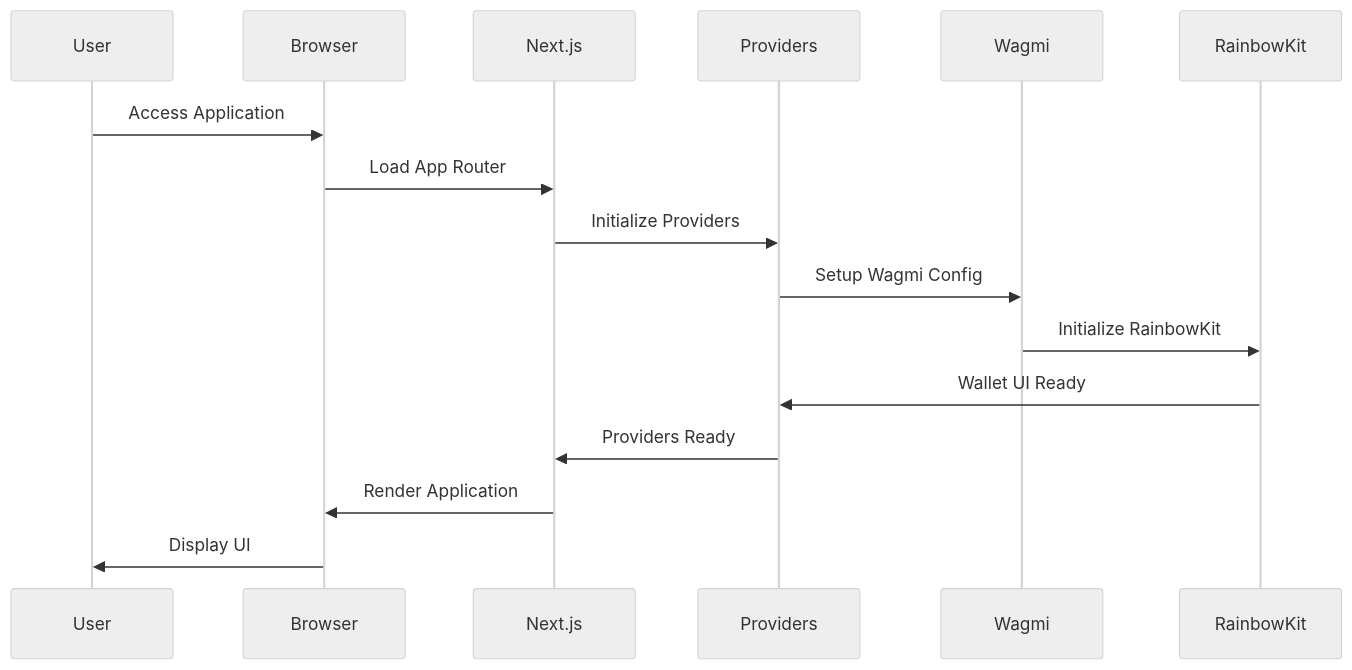
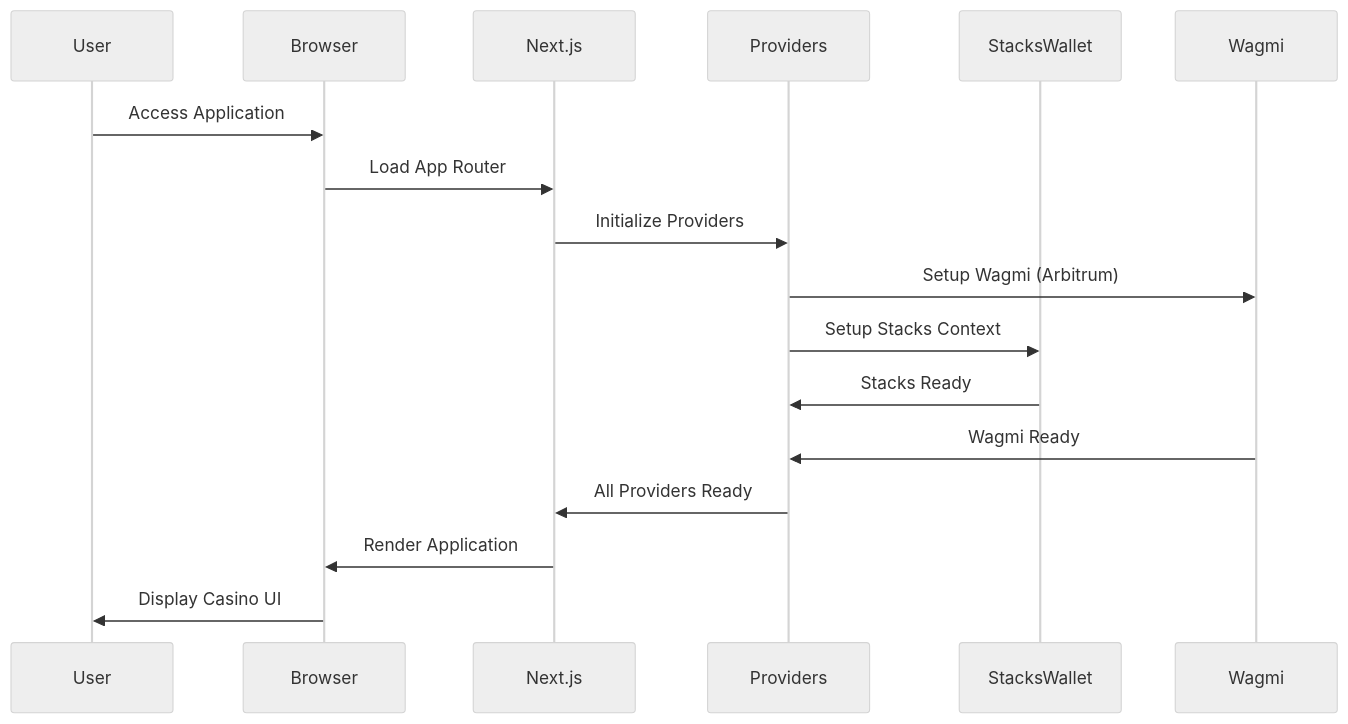
The second of 12 diagrams in MERMAID_DIAGRAMS.md (AmaanSayyad/APT-Casino-Stacks), drawn with Mermaid (neutral theme) before and after one commit. The commit also changed other lines of this file and 5 other files, not shown here.

````diff
--- a/MERMAID_DIAGRAMS.md
+++ b/MERMAID_DIAGRAMS.md
@@ -47,19 +57,20 @@
 ```mermaid
 sequenceDiagram
     participant U as User
     participant B as Browser
     participant N as Next.js
     participant P as Providers
+    participant SW as StacksWallet
     participant W as Wagmi
-    participant R as RainbowKit
     
     U->>B: Access Application
     B->>N: Load App Router
     N->>P: Initialize Providers
-    P->>W: Setup Wagmi Config
-    W->>R: Initialize RainbowKit
-    R->>P: Wallet UI Ready
-    P->>N: Providers Ready
+    P->>W: Setup Wagmi (Arbitrum)
+    P->>SW: Setup Stacks Context
+    SW->>P: Stacks Ready
+    W->>P: Wagmi Ready
+    P->>N: All Providers Ready
     N->>B: Render Application
-    B->>U: Display UI
+    B->>U: Display Casino UI
 ```
````
